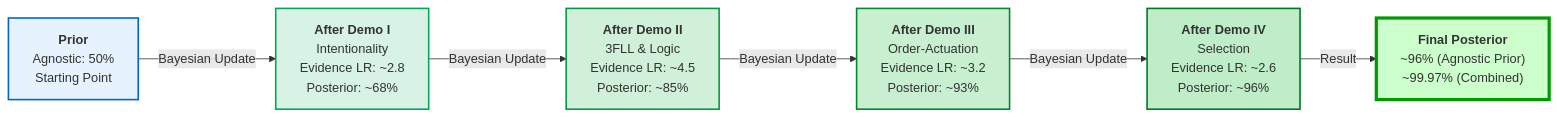
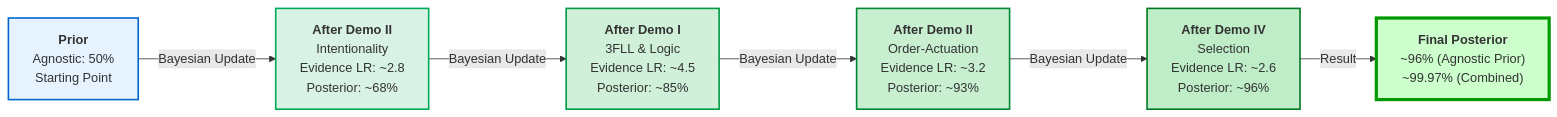
The fourth of 5 diagrams in arguments-frameworks/Consilience-Argument/The-Consilience-Argument-for-God.md (jdlongmire/oddxian-apologetics), drawn with Mermaid before and after one commit. The commit also changed other lines of this file, not shown here.

First line of the commit message:
REORDER: Move 3FLL/Logic demonstration to first position

````diff
--- a/arguments-frameworks/Consilience-Argument/The-Consilience-Argument-for-God.md
+++ b/arguments-frameworks/Consilience-Argument/The-Consilience-Argument-for-God.md
@@ -4645,27 +4654,27 @@
 ```mermaid
 graph LR
     Prior["<b>Prior</b><br/>Agnostic: 50%<br/>Starting Point"]
 
-    Demo1["<b>After Demo I</b><br/>Intentionality<br/>Evidence LR: ~2.8<br/>Posterior: ~68%"]
+    Demo1["<b>After Demo II</b><br/>Intentionality<br/>Evidence LR: ~2.8<br/>Posterior: ~68%"]
 
-    Demo2["<b>After Demo II</b><br/>3FLL & Logic<br/>Evidence LR: ~4.5<br/>Posterior: ~85%"]
+    Demo2["<b>After Demo I</b><br/>3FLL & Logic<br/>Evidence LR: ~4.5<br/>Posterior: ~85%"]
 
-    Demo3["<b>After Demo III</b><br/>Order-Actuation<br/>Evidence LR: ~3.2<br/>Posterior: ~93%"]
+    Demo3["<b>After Demo II</b><br/>Order-Actuation<br/>Evidence LR: ~3.2<br/>Posterior: ~93%"]
 
     Demo4["<b>After Demo IV</b><br/>Selection<br/>Evidence LR: ~2.6<br/>Posterior: ~96%"]
 
     Final["<b>Final Posterior</b><br/>~96% (Agnostic Prior)<br/>~99.97% (Combined)"]
 
     Prior -->|Bayesian Update| Demo1
     Demo1 -->|Bayesian Update| Demo2
     Demo2 -->|Bayesian Update| Demo3
     Demo3 -->|Bayesian Update| Demo4
     Demo4 -->|Result| Final
 
     style Prior fill:#e6f3ff,stroke:#0066cc,stroke-width:2px
     style Demo1 fill:#d9f2e6,stroke:#00aa55,stroke-width:2px
     style Demo2 fill:#d0f0d9,stroke:#009944,stroke-width:2px
     style Demo3 fill:#c7efd0,stroke:#008833,stroke-width:2px
     style Demo4 fill:#beedc7,stroke:#007722,stroke-width:2px
     style Final fill:#ccffcc,stroke:#009900,stroke-width:4px
 ```
````
